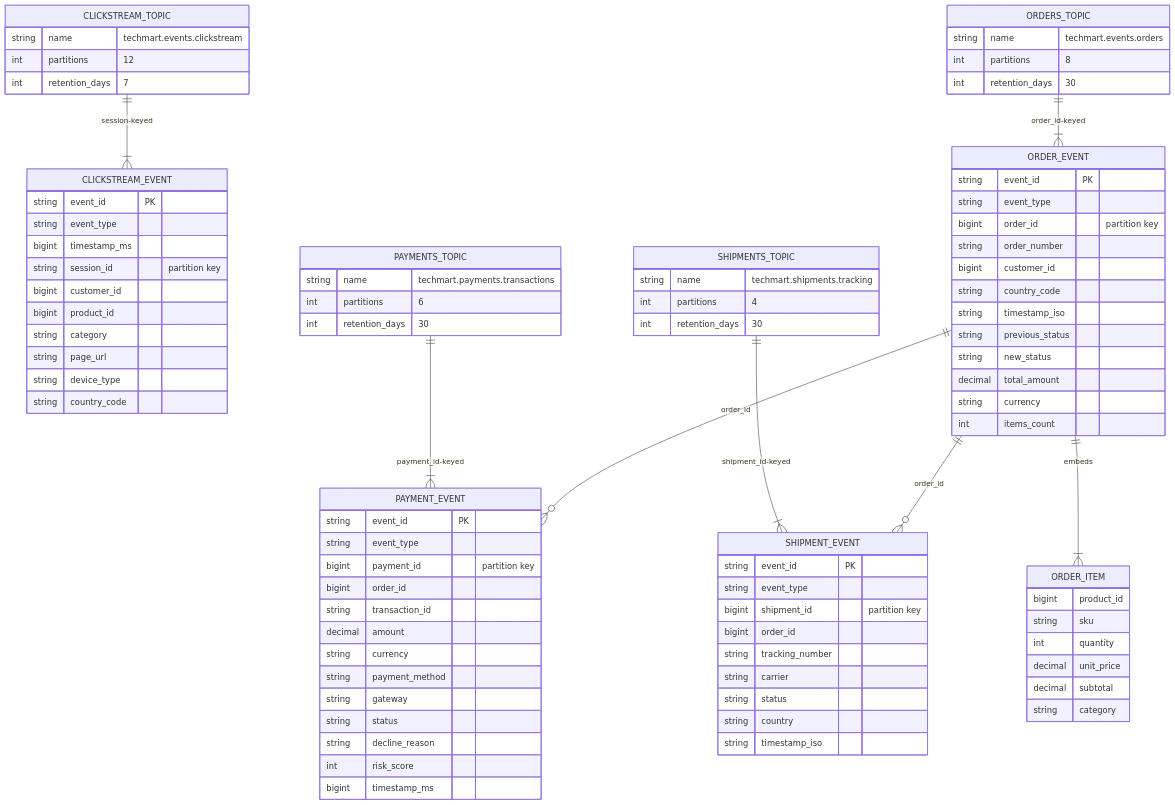
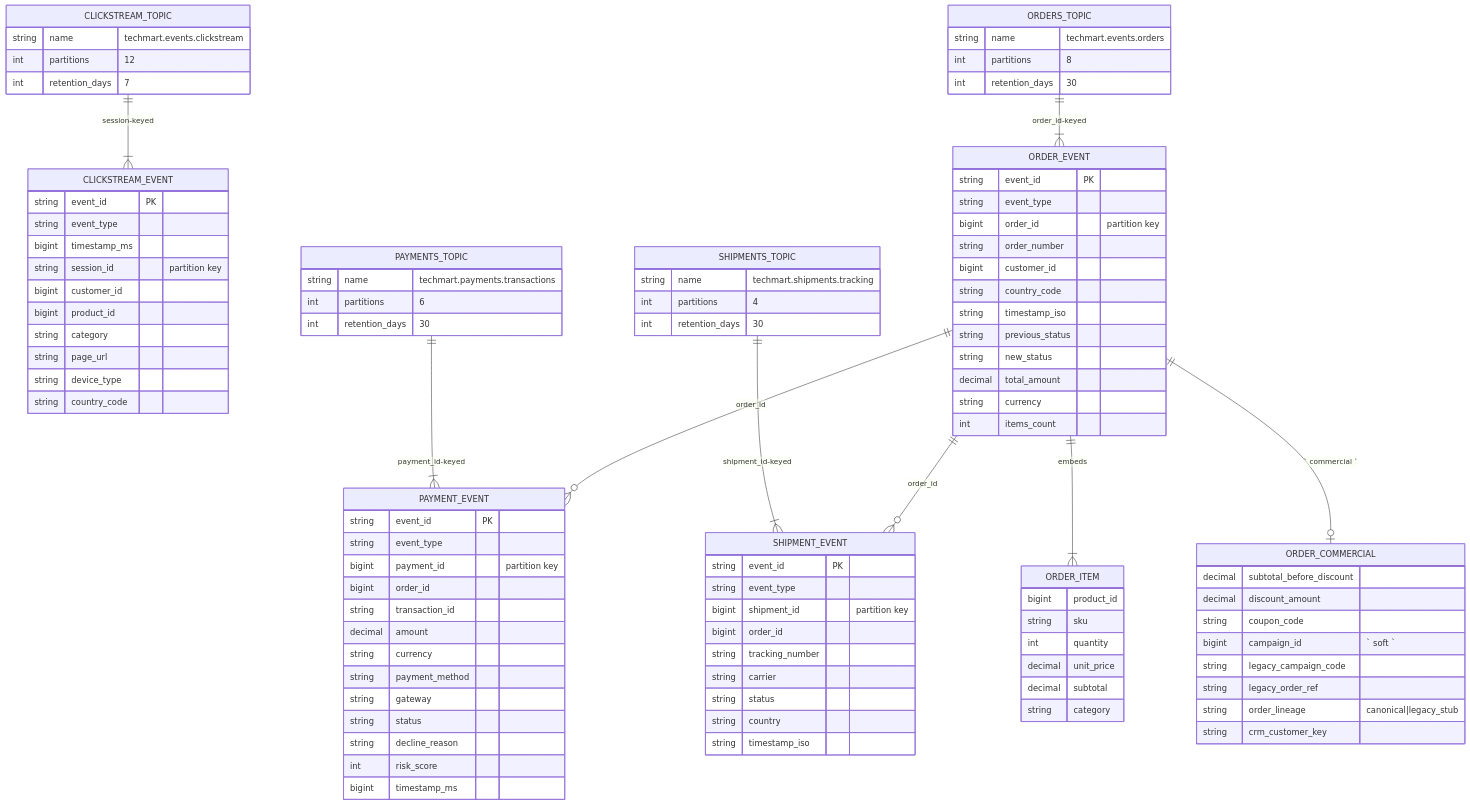
The diagram in docs/diagrams/kafka-er.md (svergio/DataOpsShowcase), drawn with Mermaid before and after one commit. The commit also changed other lines of this file and 145 other files, not shown here.

```diff
--- a/docs/diagrams/kafka-er.md
+++ b/docs/diagrams/kafka-er.md
@@ -16,6 +16,7 @@
     ORDER_EVENT ||--o{ PAYMENT_EVENT : "order_id"
     ORDER_EVENT ||--o{ SHIPMENT_EVENT : "order_id"
     ORDER_EVENT ||--|{ ORDER_ITEM : "embeds"
+    ORDER_EVENT ||--o| ORDER_COMMERCIAL : "` commercial `"
 
     CLICKSTREAM_TOPIC {
         string name "techmart.events.clickstream"
@@ -64,6 +65,16 @@
         string currency
         int items_count
     }
+    ORDER_COMMERCIAL {
+        decimal subtotal_before_discount
+        decimal discount_amount
+        string coupon_code
+        bigint campaign_id "` soft `"
+        string legacy_campaign_code
+        string legacy_order_ref
+        string order_lineage "canonical|legacy_stub"
+        string crm_customer_key
+    }
     ORDER_ITEM {
         bigint product_id
         string sku
```
